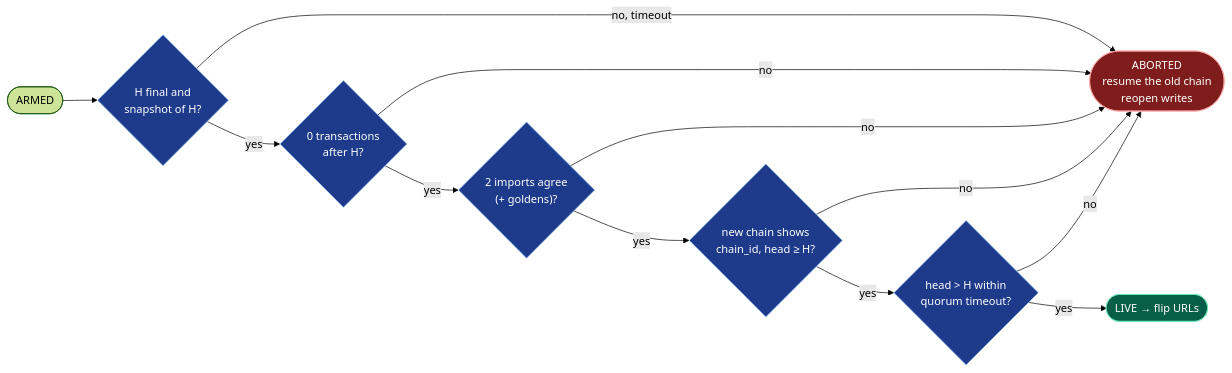
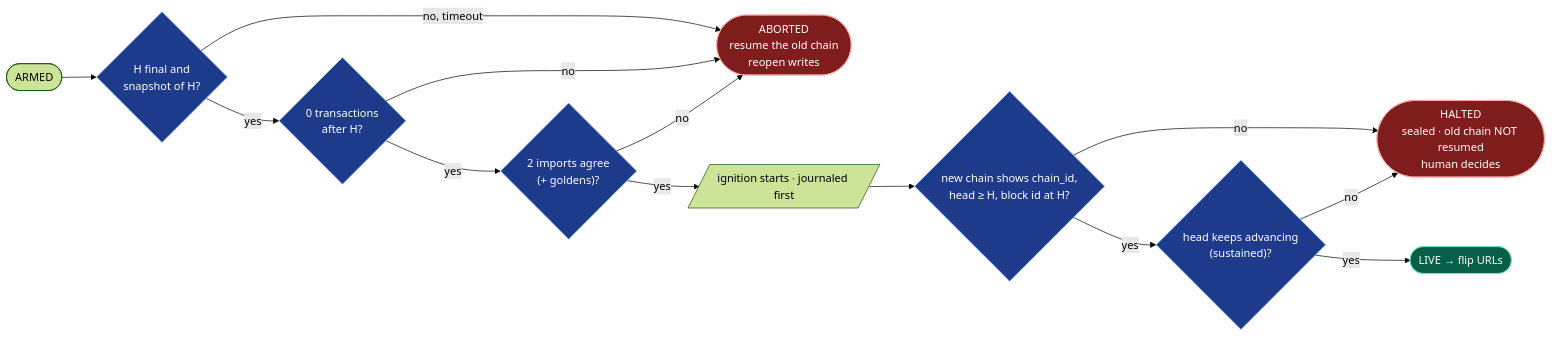
The eighth of 8 diagrams in docs/PROCESS.md (paulgnz/pulse-cutover), drawn with Mermaid (forest theme) before and after one commit. The commit also changed other lines of this file and 3 other files, not shown here.

Commit message:
docs round 4: README crash-recovery paragraph and state diagram (post-ignition failures HALT), abort exit codes 3/4, PROCESS gate diagram with HALTED path, DESIGN 'today' paragraph and interim rule, AGENTS rollback/on_abort contract, version rc.7

````diff
--- a/docs/PROCESS.md
+++ b/docs/PROCESS.md
@@ -312,18 +314,20 @@
 ```mermaid
 flowchart LR
     classDef gate fill:#1e3a8a,stroke:#93c5fd,color:#fff
     classDef bad fill:#7f1d1d,stroke:#fca5a5,color:#fff
     classDef good fill:#065f46,stroke:#6ee7b7,color:#fff
     S([ARMED]) --> G1{"H final and<br/>snapshot of H?"}:::gate
     G1 -- no, timeout --> X
     G1 -- yes --> G2{"0 transactions<br/>after H?"}:::gate
     G2 -- no --> X
     G2 -- yes --> G3{"2 imports agree<br/>(+ goldens)?"}:::gate
     G3 -- no --> X
-    G3 -- yes --> G4{"new chain shows<br/>chain_id, head ≥ H?"}:::gate
-    G4 -- no --> X
-    G4 -- yes --> G5{"head > H within<br/>quorum timeout?"}:::gate
-    G5 -- no --> X
+    G3 -- yes --> IG[/ignition starts · journaled first/]
+    IG --> G4{"new chain shows chain_id,<br/>head ≥ H, block id at H?"}:::gate
+    G4 -- no --> HX
+    G4 -- yes --> G5{"head keeps advancing<br/>(sustained)?"}:::gate
+    G5 -- no --> HX
     G5 -- yes --> L([LIVE → flip URLs]):::good
     X([ABORTED<br/>resume the old chain<br/>reopen writes]):::bad
+    HX([HALTED<br/>sealed · old chain NOT resumed<br/>human decides]):::bad
 ```
````
